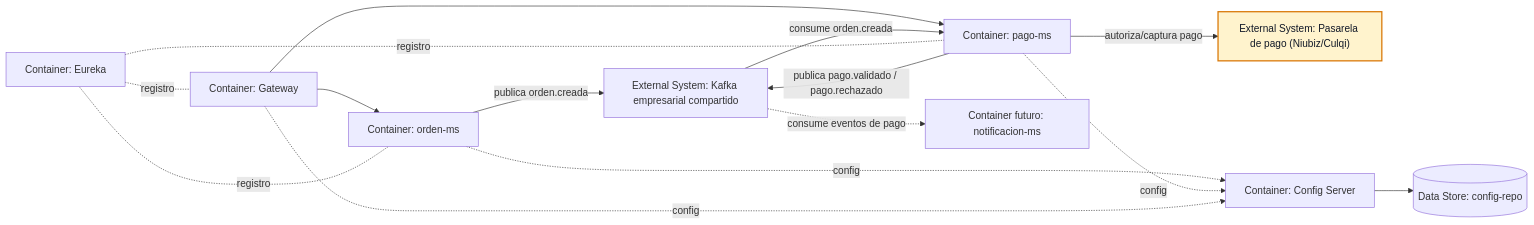
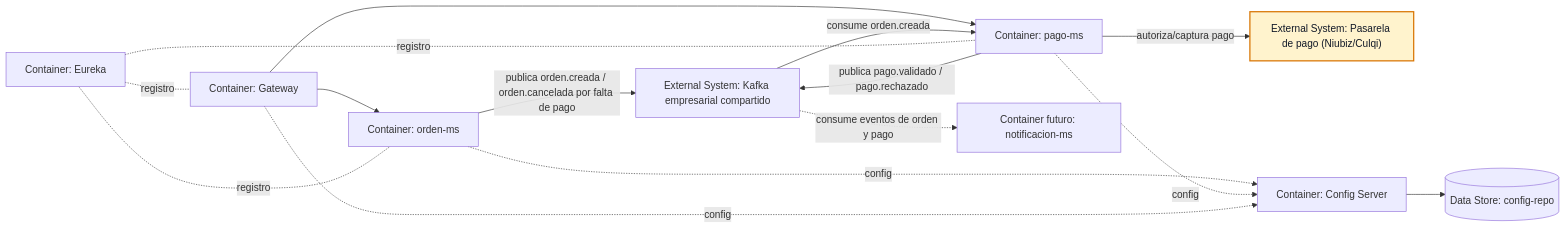
The third of 17 diagrams in README_02_ARQUITECTURA_DETALLADA.md (262dist/pagatu), drawn with Mermaid before and after one commit. The commit also changed other lines of this file, not shown here.

````diff
--- a/README_02_ARQUITECTURA_DETALLADA.md
+++ b/README_02_ARQUITECTURA_DETALLADA.md
@@ -58,23 +58,23 @@
 ```mermaid
 flowchart LR
     gateway["Container: Gateway"] --> orden["Container: orden-ms"]
     gateway --> pago["Container: pago-ms"]
 
-    orden -- publica orden.creada --> kafka["External System: Kafka empresarial compartido"]
+    orden -- publica orden.creada / orden.cancelada por falta de pago --> kafka["External System: Kafka empresarial compartido"]
     kafka -- consume orden.creada --> pago
     pago -- autoriza/captura pago --> pasarela["External System: Pasarela de pago (Niubiz/Culqi)"]
     pago -- publica pago.validado / pago.rechazado --> kafka
-    kafka -. consume eventos de pago .-> notificacion["Container futuro: notificacion-ms"]
+    kafka -. consume eventos de orden y pago .-> notificacion["Container futuro: notificacion-ms"]
 
     config["Container: Config Server"] --> configrepo[(Data Store: config-repo)]
     orden -. config .-> config
     pago -. config .-> config
     gateway -. config .-> config
 
     eureka["Container: Eureka"] -. registro .- orden
     eureka -. registro .- pago
     eureka -. registro .- gateway
 
     classDef external fill:#fff3cd,stroke:#d97706,stroke-width:2px,color:#111827
     class pasarela external
 ```
````
